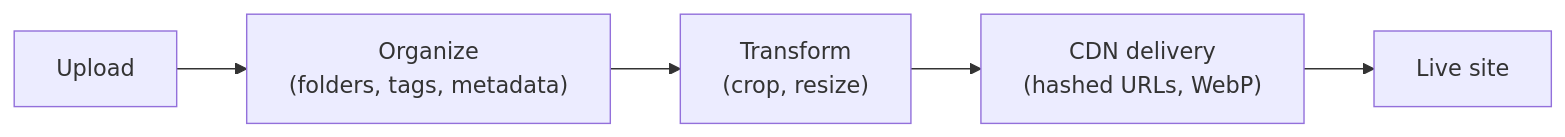
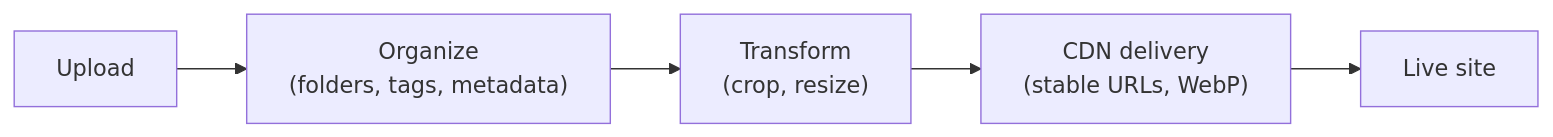
The diagram in apps/docs/docs/content-and-data/media/overview.md (aglyn/aglyn), drawn with Mermaid before and after one commit. The commit also changed other lines of this file and 5 other files, not shown here.

First line of the commit message:
docs: stable media URLs, Preview vs canvas, and the real per-screen SEO fields (AGL-911)

````diff
--- a/apps/docs/docs/content-and-data/media/overview.md
+++ b/apps/docs/docs/content-and-data/media/overview.md
@@ -15,7 +15,7 @@
 ```mermaid
 flowchart LR
   U[Upload] --> Org["Organize<br/>(folders, tags, metadata)"]
   Org --> Tr["Transform<br/>(crop, resize)"]
-  Tr --> CDN["CDN delivery<br/>(hashed URLs, WebP)"]
+  Tr --> CDN["CDN delivery<br/>(stable URLs, WebP)"]
   CDN --> Site[Live site]
 ```
````
